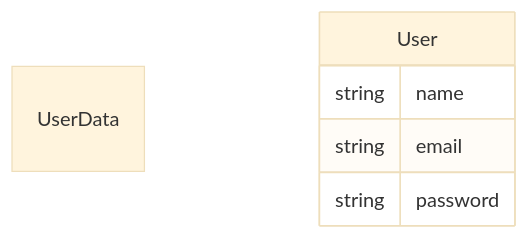
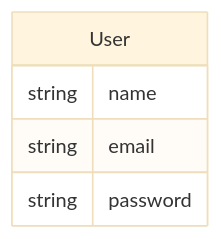
The fourth of 4 diagrams in docs/diagrams/auth.md (chicobaptista/workout-tracker), drawn with Mermaid (base theme) before and after one commit. The commit also changed other lines of this file, not shown here.

````diff
--- a/docs/diagrams/auth.md
+++ b/docs/diagrams/auth.md
@@ -32,8 +31,8 @@
 ```mermaid
-erDiagram UserData
+erDiagram
     User {
         string name
         string email
         string password
     }
 ```
````
